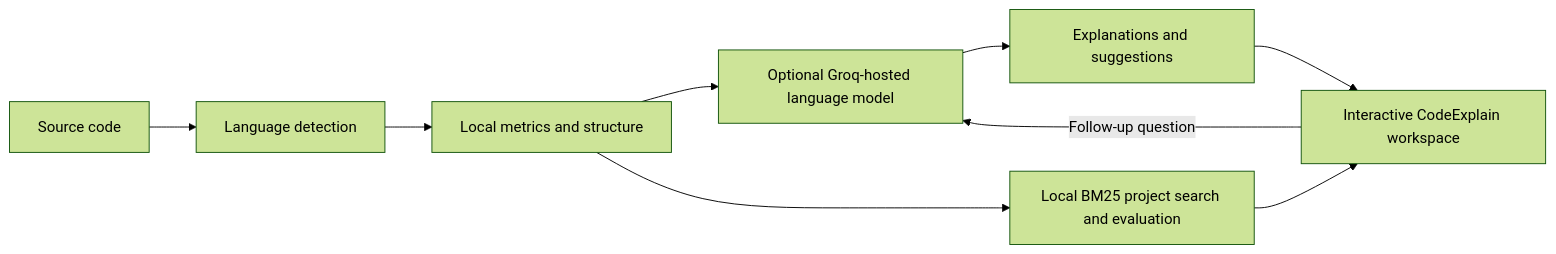
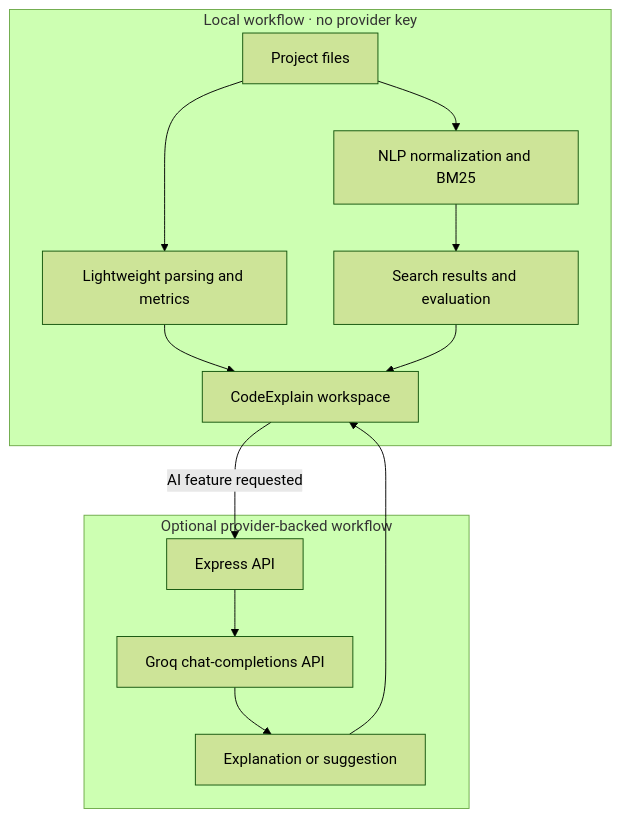
One commit to srishtipandey1/codeexplain changed the second of 2 diagrams in README.md. Above: the diagram before and after it, drawn with Mermaid (forest theme). The commit also changed other lines of this file, not shown here.

````diff
--- a/README.md
+++ b/README.md
@@ -90,11 +178,16 @@
 ```mermaid
-flowchart LR
-    A[Source code] --> B[Language detection]
-    B --> C[Local metrics and structure]
-    C --> D[Optional Groq-hosted language model]
-    D --> E[Explanations and suggestions]
-    C --> G[Local BM25 project search and evaluation]
-    E --> F[Interactive CodeExplain workspace]
-    G --> F
-    F -->|Follow-up question| D
+flowchart TB
+    subgraph Local["Local workflow · no provider key"]
+        A["Project files"] --> B["Lightweight parsing and metrics"]
+        A --> C["NLP normalization and BM25"]
+        C --> D["Search results and evaluation"]
+        B --> E["CodeExplain workspace"]
+        D --> E
+    end
+    subgraph Optional["Optional provider-backed workflow"]
+        E -->|AI feature requested| F["Express API"]
+        F --> G["Groq chat-completions API"]
+        G --> H["Explanation or suggestion"]
+        H --> E
+    end
 ```
````
